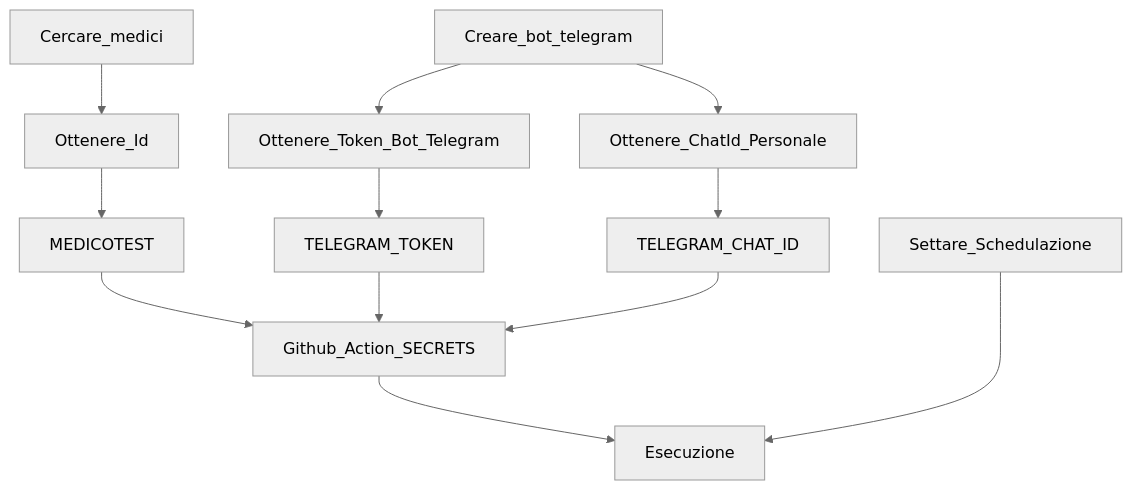
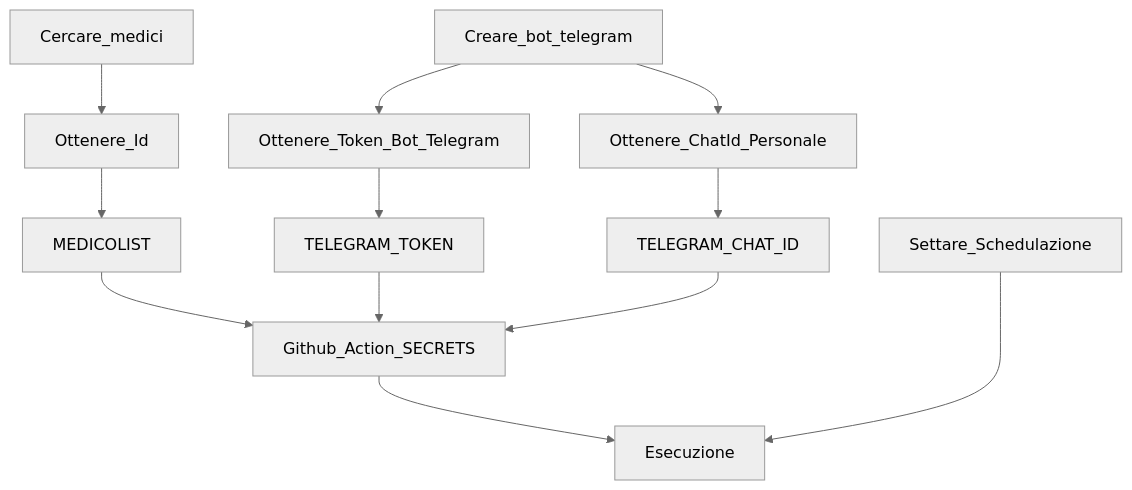
Before and after one commit to GiacomoGeko/Disponibilita-medico-di-base_ULSS_Veneto: the diagram in README.md, drawn with Mermaid (neutral theme). The commit also changed 1 other file, not shown here.

Commit message:
Refactoring

````diff
--- a/README.md
+++ b/README.md
@@ -19,14 +19,14 @@
 ``` mermaid
 graph TD
 
-Cercare_medici --> Ottenere_Id --> MEDICOTEST
+Cercare_medici --> Ottenere_Id --> MEDICOLIST
 Creare_bot_telegram --> Ottenere_Token_Bot_Telegram --> TELEGRAM_TOKEN
 Creare_bot_telegram --> Ottenere_ChatId_Personale --> TELEGRAM_CHAT_ID
 
-MEDICOTEST --> Github_Action_SECRETS
+MEDICOLIST --> Github_Action_SECRETS
 TELEGRAM_TOKEN --> Github_Action_SECRETS
 TELEGRAM_CHAT_ID --> Github_Action_SECRETS
 
 Github_Action_SECRETS --> Esecuzione
 Settare_Schedulazione ---> Esecuzione
 ```
````
